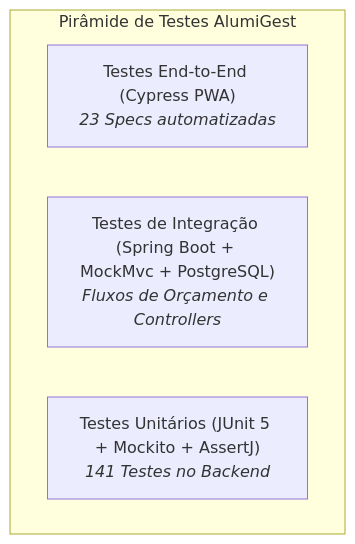
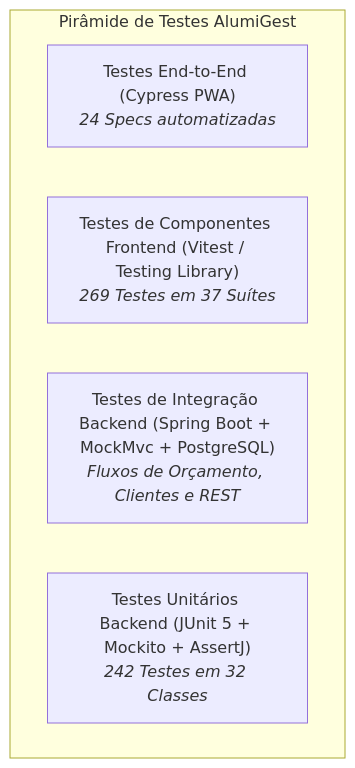
One commit to ADS-IFPB-SR/alumigest changed the diagram in docs/projeto-001/003-teste/PLT-Plano_Geral_de_Testes.md. Above: the diagram before and after it, drawn with Mermaid. The commit also changed other lines of this file and 431 other files, not shown here.

````diff
--- a/docs/projeto-001/003-teste/PLT-Plano_Geral_de_Testes.md
+++ b/docs/projeto-001/003-teste/PLT-Plano_Geral_de_Testes.md
@@ -26,8 +30,9 @@
 ```mermaid
 graph TD
     subgraph Pirâmide["Pirâmide de Testes AlumiGest"]
-        E2E["Testes End-to-End (Cypress PWA)<br><i>23 Specs automatizadas</i>"]
-        INTEG["Testes de Integração (Spring Boot + MockMvc + PostgreSQL)<br><i>Fluxos de Orçamento e Controllers</i>"]
-        UNIT["Testes Unitários (JUnit 5 + Mockito + AssertJ)<br><i>141 Testes no Backend</i>"]
+        E2E["Testes End-to-End (Cypress PWA)<br><i>24 Specs automatizadas</i>"]
+        COMP["Testes de Componentes Frontend (Vitest / Testing Library)<br><i>269 Testes em 37 Suítes</i>"]
+        INTEG["Testes de Integração Backend (Spring Boot + MockMvc + PostgreSQL)<br><i>Fluxos de Orçamento, Clientes e REST</i>"]
+        UNIT["Testes Unitários Backend (JUnit 5 + Mockito + AssertJ)<br><i>242 Testes em 32 Classes</i>"]
     end
 ```
````
